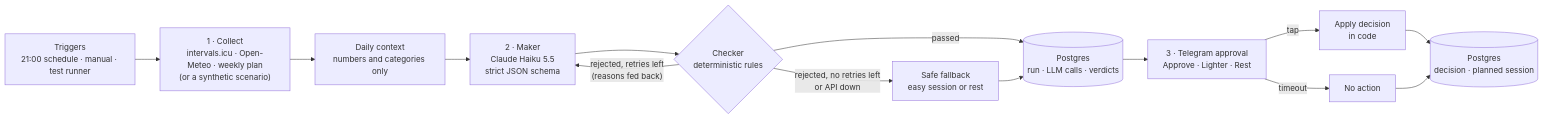
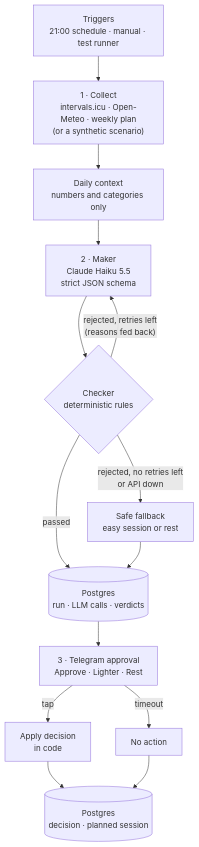
One commit to xbrunz/training-copilot changed the diagram in README.md. Above: the diagram before and after it, drawn with Mermaid.

Commit message:
README: top-down architecture diagram for readability

````diff
--- a/README.md
+++ b/README.md
@@ -23,14 +23,14 @@
 ```mermaid
-flowchart LR
+flowchart TD
     T["Triggers<br/>21:00 schedule · manual · test runner"] --> C["1 · Collect<br/>intervals.icu · Open-Meteo · weekly plan<br/>(or a synthetic scenario)"]
     C --> X["Daily context<br/>numbers and categories only"]
     X --> M["2 · Maker<br/>Claude Haiku 5.5<br/>strict JSON schema"]
     M --> K{"Checker<br/>deterministic rules"}
     K -- "rejected, retries left<br/>(reasons fed back)" --> M
     K -- "rejected, no retries left<br/>or API down" --> F["Safe fallback<br/>easy session or rest"]
     K -- passed --> L[("Postgres<br/>run · LLM calls · verdicts")]
     F --> L
     L --> H["3 · Telegram approval<br/>Approve · Lighter · Rest"]
     H -- tap --> D["Apply decision<br/>in code"] --> L2[("Postgres<br/>decision · planned session")]
     H -- "timeout" --> N["No action"] --> L2
 ```
````
